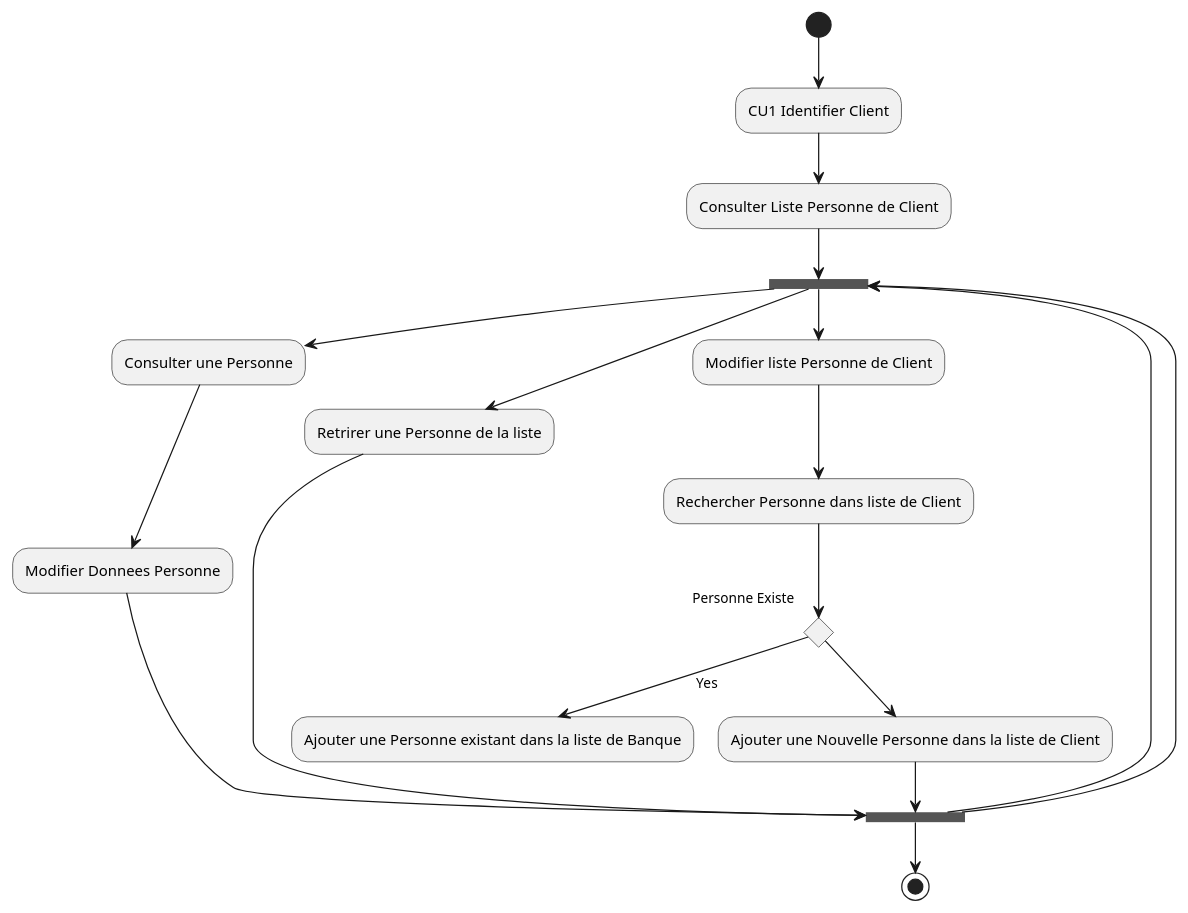
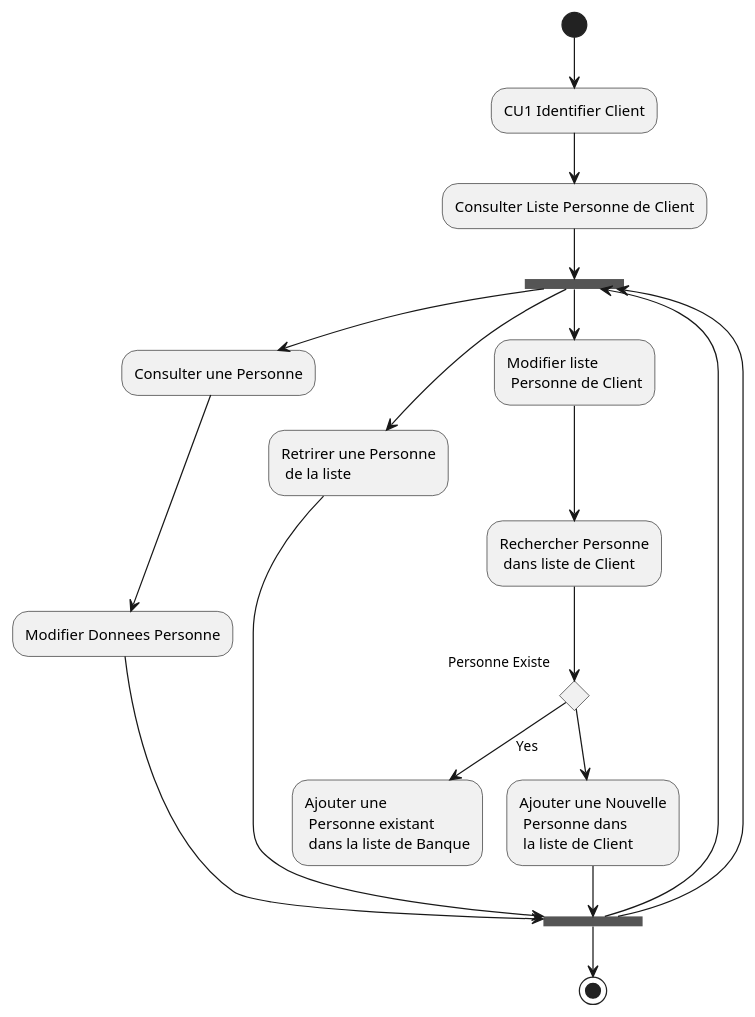
Before and after one commit to HZjiadong/PLD-MARS: the diagram in src/documentation/CU2-AD.puml, drawn with PlantUML. The commit also changed 2 other files, not shown here.

```diff
--- a/src/documentation/CU2-AD.puml
+++ b/src/documentation/CU2-AD.puml
@@ -1,24 +1,24 @@
 @startuml
 (*) --> "CU1 Identifier Client"
 --> "Consulter Liste Personne de Client"
 
 --> ===B1===
 --> "Consulter une Personne"
 --> "Modifier Donnees Personne"
 --> ===B2===
 
 --> ===B1===
---> "Retrirer une Personne de la liste"
+--> "Retrirer une Personne\n de la liste"
 --> ===B2===
 
 --> ===B1===
---> "Modifier liste Personne de Client"
---> "Rechercher Personne dans liste de Client"
+--> "Modifier liste\n Personne de Client"
+--> "Rechercher Personne\n dans liste de Client"
 If "Personne Existe"
--->[Yes] "Ajouter une Personne existant dans la liste de Banque"
+-->[Yes] "Ajouter une\n Personne existant\n dans la liste de Banque"
 else
--->"Ajouter une Nouvelle Personne dans la liste de Client"
+-->"Ajouter une Nouvelle\n Personne dans\n la liste de Client"
 --> ===B2===
 
 --> (*)
 @enduml
```
